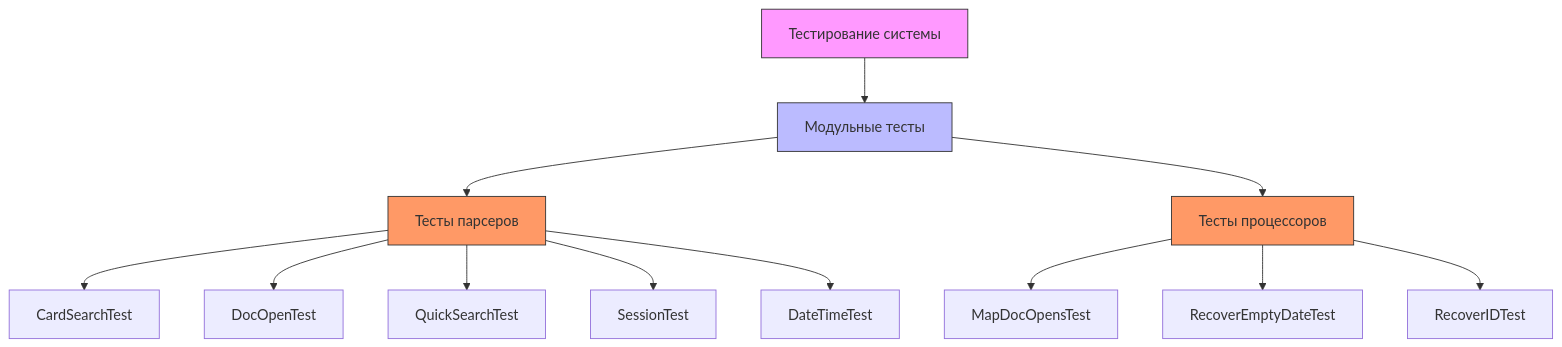
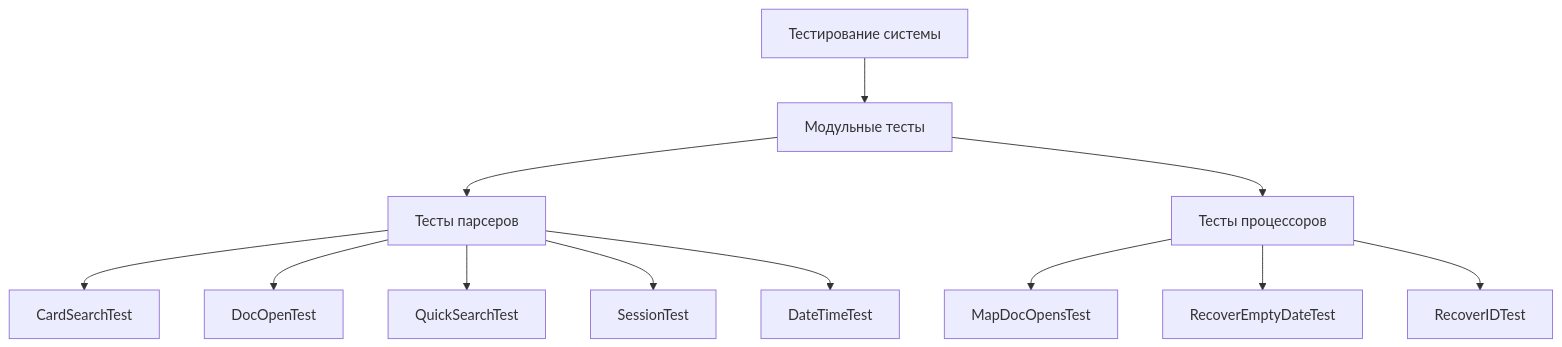
Before and after one commit to u-khasanova/test_DE: the diagram in README.md, drawn with Mermaid.

````diff
--- a/README.md
+++ b/README.md
@@ -7,21 +7,16 @@
 ```mermaid
 graph TD
     A[Тестирование системы] --> B[Модульные тесты]
     
     B --> B1[Тесты парсеров]
     B1 --> B11[CardSearchTest]
     B1 --> B12[DocOpenTest]
     B1 --> B13[QuickSearchTest]
     B1 --> B14[SessionTest]
     B1 --> B15[DateTimeTest]
     
     B --> B2[Тесты процессоров]
     B2 --> B21[MapDocOpensTest]
     B2 --> B22[RecoverEmptyDateTest]
     B2 --> B23[RecoverIDTest]
-    
-    style A fill:#f9f,stroke:#333
-    style B fill:#bbf,stroke:#333
-    style B1 fill:#f96,stroke:#333
-    style B2 fill:#f96,stroke:#333
 ```
````
